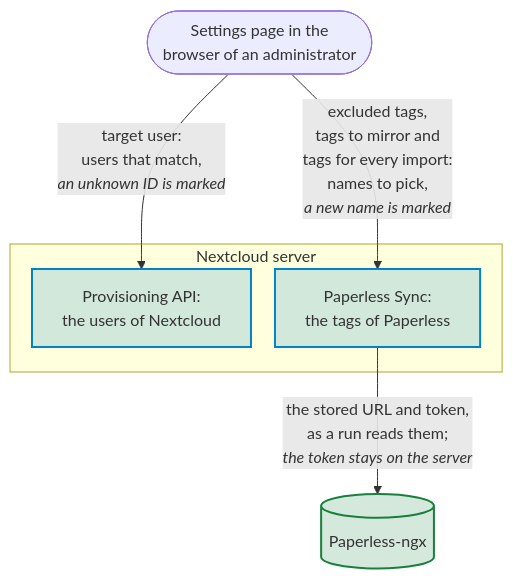
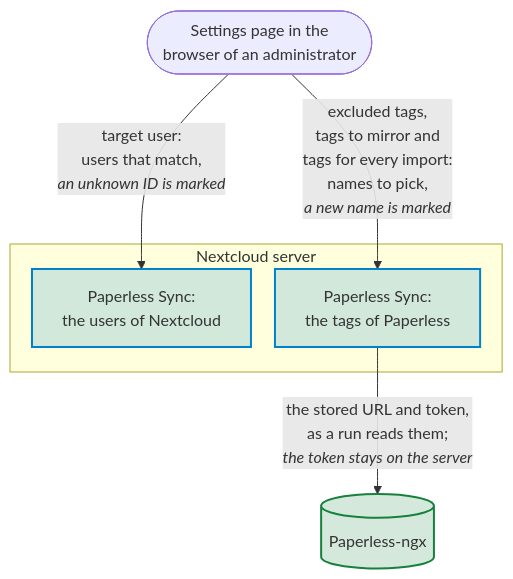
One commit to Dennis-Otto/paperless-sync changed the diagram in docs/diagrams/where-the-pickers-of-the-settings-take-their-names-from.mmd. Above: the diagram before and after it, drawn with Mermaid. The commit also changed 35 other files, not shown here.

First line of the commit message:
feat(settings): let administrators delegate the settings of Paperless Sync to a group (#315)

```diff
--- a/docs/diagrams/where-the-pickers-of-the-settings-take-their-names-from.mmd
+++ b/docs/diagrams/where-the-pickers-of-the-settings-take-their-names-from.mmd
@@ -1,24 +1,24 @@
 ---
 config:
   flowchart:
     nodeSpacing: 24
 ---
 flowchart TB
     accTitle: Where the pickers of the settings take their names from
-    accDescr: The field of the target user asks the provisioning API of Nextcloud for the users whose ID, name or e-mail address holds what is typed, and for the user ID that the field names, which it marks when Nextcloud has no such user. The fields of the excluded tags, the tags to mirror and the tags for every import ask Paperless Sync, which reads the tags from Paperless-ngx with the stored URL and API token, as a run does; the token stays on the server. A name that Paperless has no tag of can be added too, and is marked as not in Paperless.
+    accDescr: The field of the target user asks Paperless Sync for the users of Nextcloud whose ID, name or e-mail address holds what is typed, and for the user ID that the field names, which it marks when Nextcloud has no such user. The fields of the excluded tags, the tags to mirror and the tags for every import ask Paperless Sync, which reads the tags from Paperless-ngx with the stored URL and API token, as a run does; the token stays on the server. A name that Paperless has no tag of can be added too, and is marked as not in Paperless.
 
     page(["Settings page in the<br>browser of an administrator"])
     subgraph nextcloud ["Nextcloud server"]
-        users["Provisioning API:<br>the users of Nextcloud"]
+        users["Paperless Sync:<br>the users of Nextcloud"]
         app["Paperless Sync:<br>the tags of Paperless"]
     end
     paperless[("Paperless-ngx")]
 
     page -- "`target user:<br>users that match,<br>*an unknown ID is marked*`" --> users
     page -- "`excluded tags,<br>tags to mirror and<br>tags for every import:<br>names to pick,<br>*a new name is marked*`" --> app
     app -- "`the stored URL and token,<br>as a run reads them;<br>*the token stays on the server*`" --> paperless
 
     classDef paperless fill:#17803d2e,stroke:#17803d,stroke-width:2px
     classDef nextcloud fill:#0082c92e,stroke:#0082c9,stroke-width:2px
     class paperless paperless
     class users,app nextcloud
```
